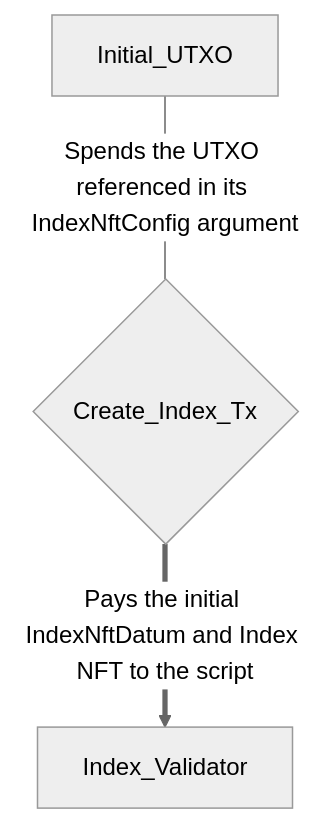
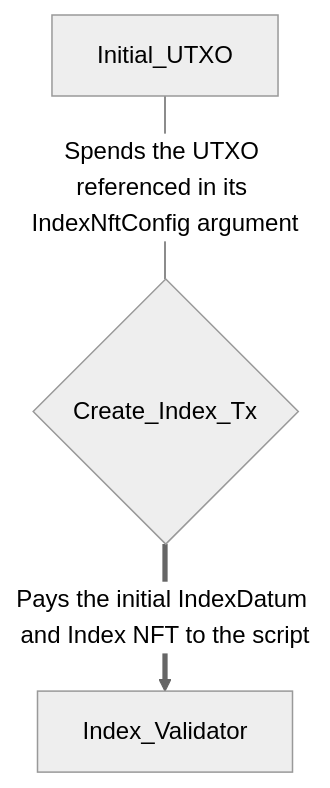
One commit to yaadlabs/DAO-Off-Chain changed the diagram in docs/mermaid_diagram_code/create_index_tx.mmd. Above: the diagram before and after it, drawn with Mermaid (neutral theme). The commit also changed 21 other files, not shown here.

```diff
--- a/docs/mermaid_diagram_code/create_index_tx.mmd
+++ b/docs/mermaid_diagram_code/create_index_tx.mmd
@@ -1,5 +1,5 @@
 flowchart TD
     A[Initial_UTXO]
     B{Create_Index_Tx}
     A--"` Spends the UTXO referenced in its IndexNftConfig argument`"---B
-    B ==>|"`Pays the initial IndexNftDatum and Index NFT to the script`"| E[Index_Validator]
+    B ==>|"`Pays the initial IndexDatum and Index NFT to the script`"| E[Index_Validator]
```
